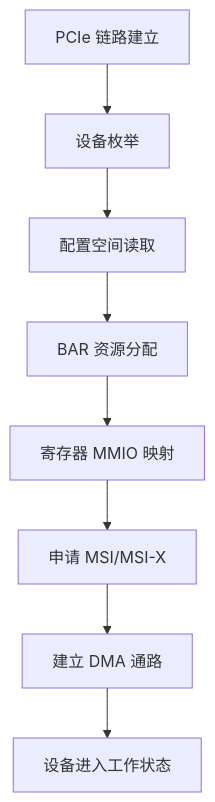
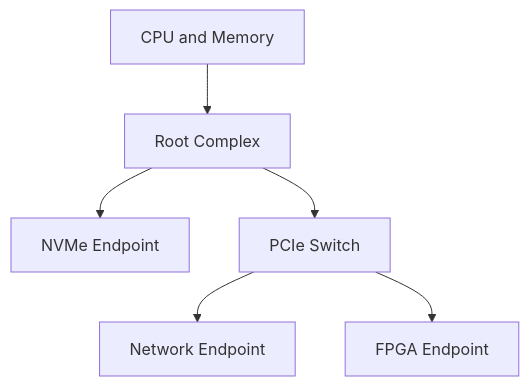
The diagram in docs/articles/pcie/pci-01-pcie-architecture-basics.md (cdragon-ljl/EEandEdgeAI), drawn with Mermaid before and after one commit. The commit also changed other lines of this file and 3 other files, not shown here.

Commit message:
docs(pcie): rewrite architecture and Linux framework guides

````diff
--- a/docs/articles/pcie/pci-01-pcie-architecture-basics.md
+++ b/docs/articles/pcie/pci-01-pcie-architecture-basics.md
@@ -172,10 +20,8 @@
 ```mermaid
-flowchart TD
-    A[PCIe 链路建立] --> B[设备枚举]
-    B --> C[配置空间读取]
-    C --> D[BAR 资源分配]
-    D --> E[寄存器 MMIO 映射]
-    E --> F[申请 MSI/MSI-X]
-    F --> G[建立 DMA 通路]
-    G --> H[设备进入工作状态]
+flowchart TB
+    CPU[CPU and Memory] --> RC[Root Complex]
+    RC --> EP0[NVMe Endpoint]
+    RC --> SW[PCIe Switch]
+    SW --> EP1[Network Endpoint]
+    SW --> EP2[FPGA Endpoint]
 ```
````
